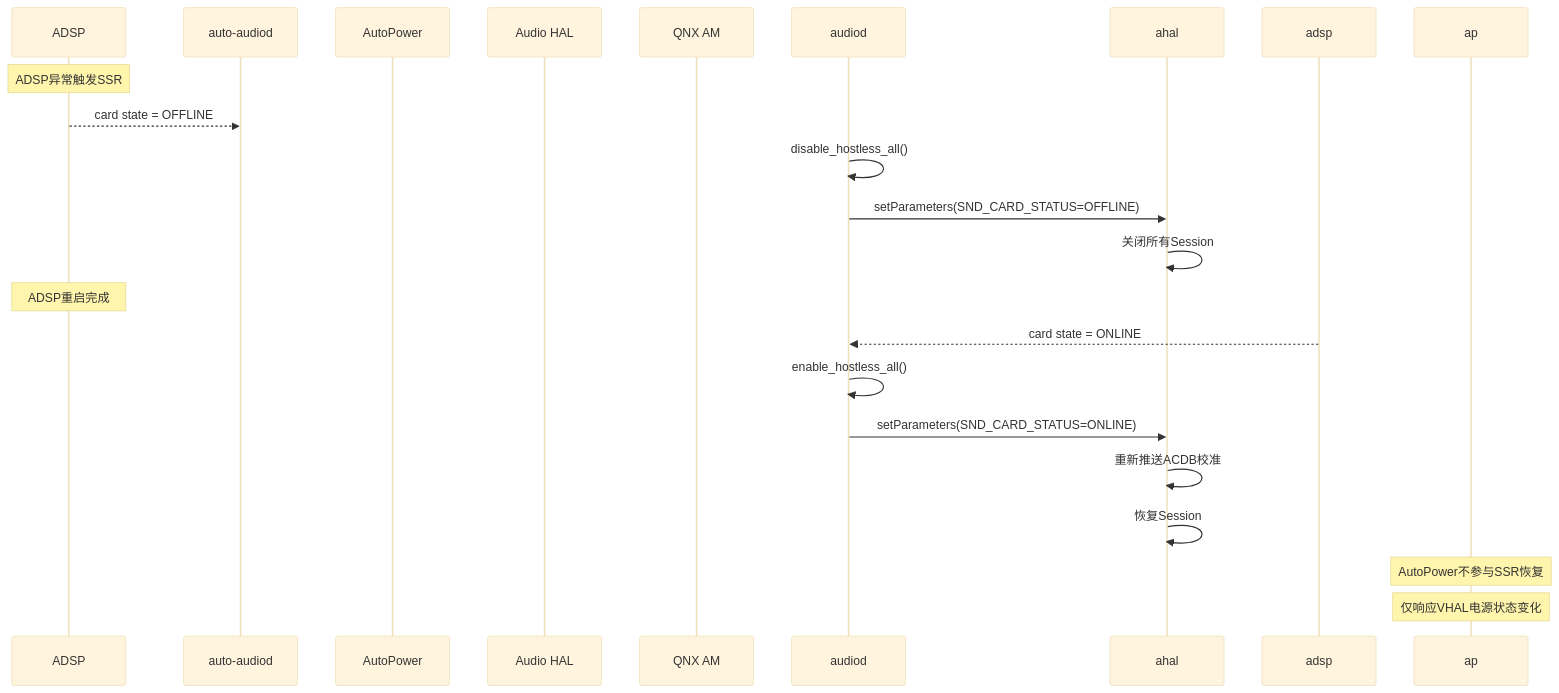
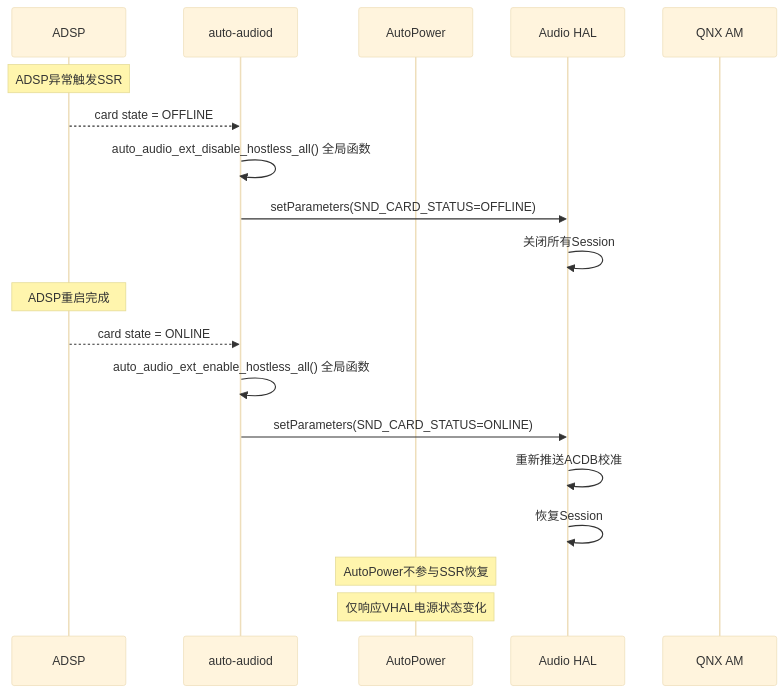
One commit to yanglinzhen1022/SA8295_AAOS_QNX_Audio_KnowledgeBase changed the sixth of 7 diagrams in 16_Vendor_QNX_Architecture/16_16.3_AutoPower与VHAL集成.md. Above: the diagram before and after it, drawn with Mermaid (base theme). The commit also changed other lines of this file and 48 other files, not shown here.

````diff
--- a/16_Vendor_QNX_Architecture/16_16.3_AutoPower与VHAL集成.md
+++ b/16_Vendor_QNX_Architecture/16_16.3_AutoPower与VHAL集成.md
@@ -661,26 +580,26 @@
 ```mermaid
 sequenceDiagram
     participant ADSP as ADSP
     participant AUDIOD as auto-audiod
     participant AP as AutoPower
     participant AHAL as Audio HAL
     participant QNX as QNX AM
 
     Note over ADSP: ADSP异常触发SSR
     ADSP-->>AUDIOD: card state = OFFLINE
 
-    audiod->>audiod: disable_hostless_all()
-    audiod->>ahal: setParameters(SND_CARD_STATUS=OFFLINE)
-    ahal->>ahal: 关闭所有Session
+    AUDIOD->>AUDIOD: auto_audio_ext_disable_hostless_all() 全局函数
+    AUDIOD->>AHAL: setParameters(SND_CARD_STATUS=OFFLINE)
+    AHAL->>AHAL: 关闭所有Session
 
     Note over ADSP: ADSP重启完成
-    adsp-->>audiod: card state = ONLINE
+    ADSP-->>AUDIOD: card state = ONLINE
 
-    audiod->>audiod: enable_hostless_all()
-    audiod->>ahal: setParameters(SND_CARD_STATUS=ONLINE)
-    ahal->>ahal: 重新推送ACDB校准
-    ahal->>ahal: 恢复Session
+    AUDIOD->>AUDIOD: auto_audio_ext_enable_hostless_all() 全局函数
+    AUDIOD->>AHAL: setParameters(SND_CARD_STATUS=ONLINE)
+    AHAL->>AHAL: 重新推送ACDB校准
+    AHAL->>AHAL: 恢复Session
 
-    Note over ap: AutoPower不参与SSR恢复
-    Note over ap: 仅响应VHAL电源状态变化
+    Note over AP: AutoPower不参与SSR恢复
+    Note over AP: 仅响应VHAL电源状态变化
 ```
````
